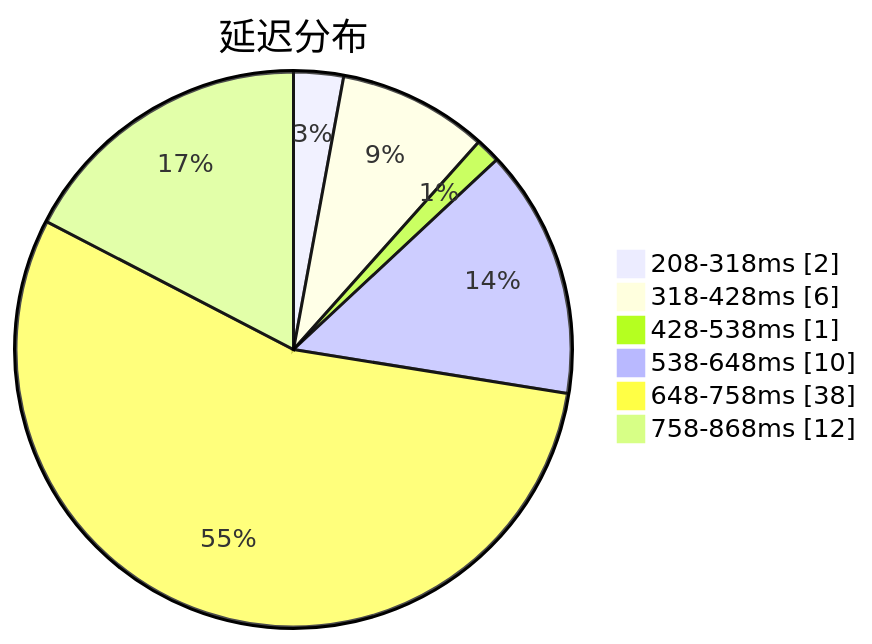
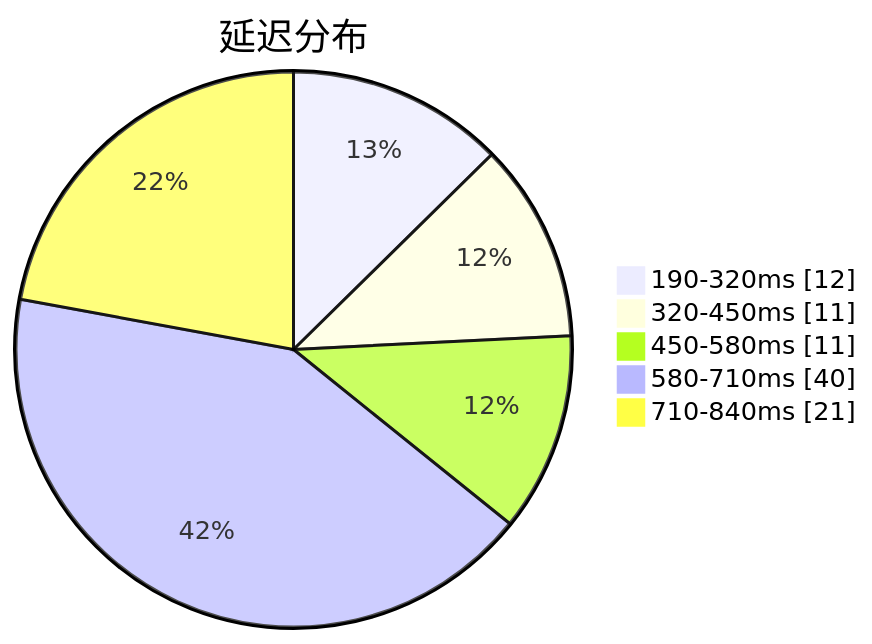
The first of 3 diagrams in subs/statistics/tested_within.md (qjlxg/airport), drawn with Mermaid before and after one commit. The commit also changed other lines of this file and 2 other files, not shown here.

````diff
--- a/subs/statistics/tested_within.md
+++ b/subs/statistics/tested_within.md
@@ -2,10 +2,9 @@
 ```mermaid
 pie showData
 title 延迟分布
-"208-318ms" : 2
-"318-428ms" : 6
-"428-538ms" : 1
-"538-648ms" : 10
-"648-758ms" : 38
-"758-868ms" : 12
+"190-320ms" : 12
+"320-450ms" : 11
+"450-580ms" : 11
+"580-710ms" : 40
+"710-840ms" : 21
 ```
````
